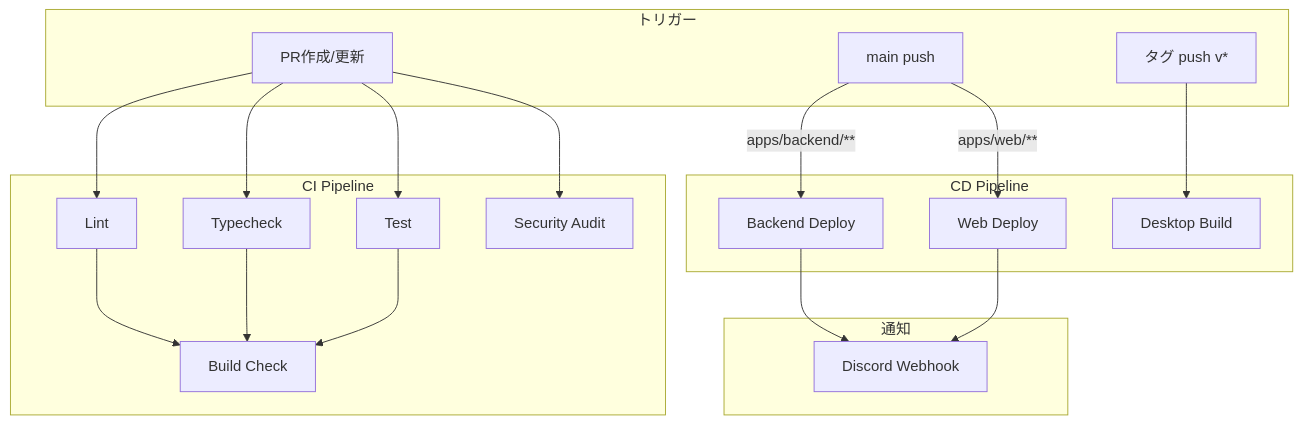
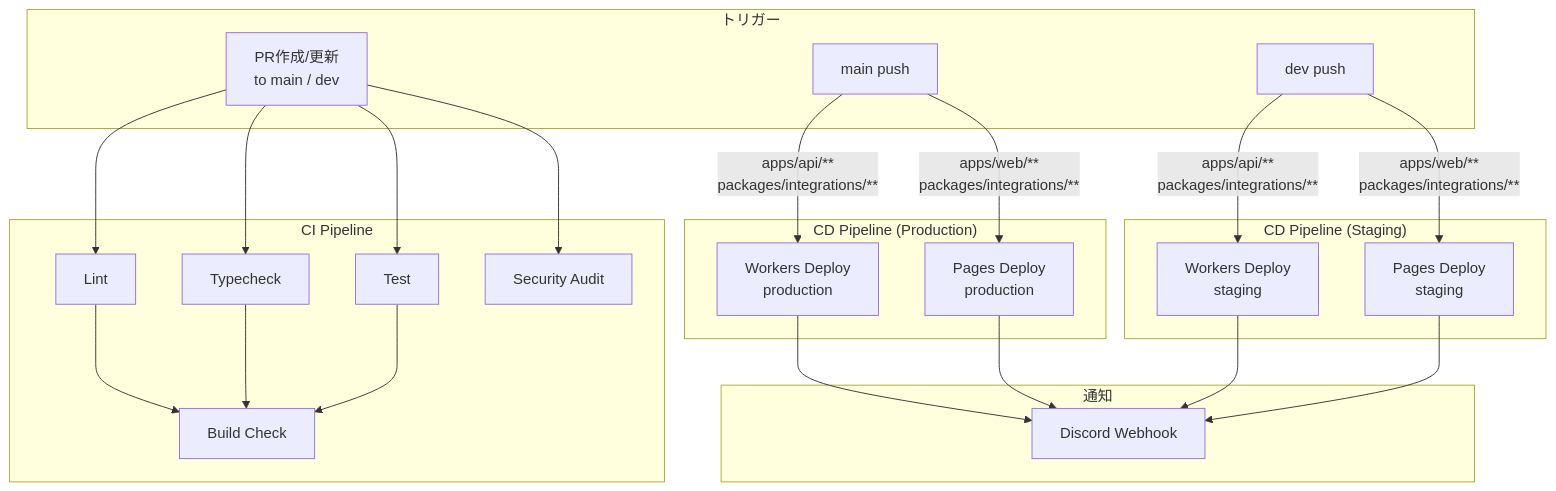
Before and after one commit to daishiman/senpAI: the diagram in .github/workflows/README.md, drawn with Mermaid. The commit also changed other lines of this file and 69 other files, not shown here.

````diff
--- a/.github/workflows/README.md
+++ b/.github/workflows/README.md
@@ -7,36 +20,40 @@
 ```mermaid
 flowchart TB
     subgraph Triggers["トリガー"]
-        PR[PR作成/更新]
-        PUSH[main push]
-        TAG[タグ push v*]
+        PR[PR作成/更新<br/>to main / dev]
+        PUSH_MAIN[main push]
+        PUSH_DEV[dev push]
     end
 
     subgraph CI["CI Pipeline"]
         LINT[Lint]
         TYPE[Typecheck]
         TEST[Test]
         SEC[Security Audit]
         BUILD[Build Check]
     end
 
-    subgraph CD["CD Pipeline"]
-        BACKEND_CD[Backend Deploy]
-        WEB_CD[Web Deploy]
-        DESKTOP_BUILD[Desktop Build]
+    subgraph CD_PROD["CD Pipeline (Production)"]
+        BACKEND_PROD[Workers Deploy<br/>production]
+        WEB_PROD[Pages Deploy<br/>production]
+    end
+
+    subgraph CD_STG["CD Pipeline (Staging)"]
+        BACKEND_STG[Workers Deploy<br/>staging]
+        WEB_STG[Pages Deploy<br/>staging]
     end
 
     subgraph Notify["通知"]
         DISCORD[Discord Webhook]
     end
 
     PR --> LINT & TYPE & TEST & SEC
     LINT & TYPE & TEST --> BUILD
 
-    PUSH -->|apps/backend/**| BACKEND_CD
-    PUSH -->|apps/web/**| WEB_CD
-    TAG --> DESKTOP_BUILD
+    PUSH_MAIN -->|apps/api/**<br/>packages/integrations/**| BACKEND_PROD
+    PUSH_MAIN -->|apps/web/**<br/>packages/integrations/**| WEB_PROD
+    PUSH_DEV -->|apps/api/**<br/>packages/integrations/**| BACKEND_STG
+    PUSH_DEV -->|apps/web/**<br/>packages/integrations/**| WEB_STG
 
-    BACKEND_CD --> DISCORD
-    WEB_CD --> DISCORD
+    BACKEND_PROD & WEB_PROD & BACKEND_STG & WEB_STG --> DISCORD
 ```
````
